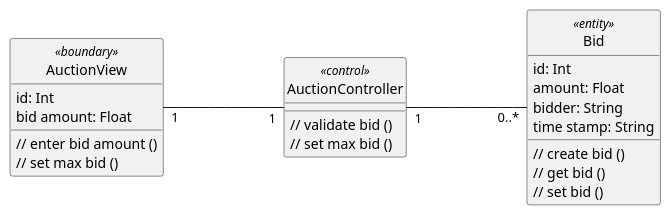
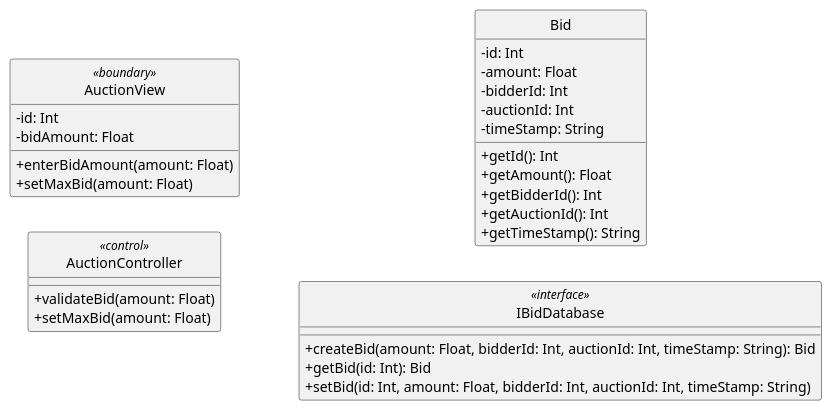
One commit to anhbanlinhle/velocity-exchange changed the diagram in uml/design/class/linh/place_bid.puml. Above: the diagram before and after it, drawn with PlantUML.

Commit message:
doc[lynn]: design vopc no. 18

```diff
--- a/uml/design/class/linh/place_bid.puml
+++ b/uml/design/class/linh/place_bid.puml
@@ -1,37 +1,43 @@
 @startuml 
 left to right direction
 skinparam classAttributeIconSize 0
 skinparam linetype ortho
 hide circle
 class AuctionView <<boundary>> {
-    id: Int
-    bid amount: Float
+    - id: Int
+    - bidAmount: Float
 
-    // enter bid amount ()
-    // set max bid ()
+    + enterBidAmount(amount: Float)
+    + setMaxBid(amount: Float)
 
     }
 
 class AuctionController <<control>> {
-    // validate bid ()
-    // set max bid ()
+    + validateBid(amount: Float)
+    + setMaxBid(amount: Float)
 
     }
 
-class Bid <<entity>> {
-    id: Int
-    amount: Float
-    bidder: String
-    time stamp: String
-    // create bid ()
-    // get bid ()
-    // set bid ()
+class Bid {
+    - id: Int
+    - amount: Float
+    - bidderId: Int
+    - auctionId: Int
+    - timeStamp: String
+
+    + getId(): Int
+    + getAmount(): Float
+    + getBidderId(): Int
+    + getAuctionId(): Int
+    + getTimeStamp(): String
+    }
+
+class IBidDatabase <<interface>> {
+    + createBid(amount: Float, bidderId: Int, auctionId: Int, timeStamp: String): Bid
+    + getBid(id: Int): Bid
+    + setBid(id: Int, amount: Float, bidderId: Int, auctionId: Int, timeStamp: String)
     }
 
 
-AuctionView "1" --- "1" AuctionController
-
-AuctionController "1" --- "0..*" Bid
-
 
 @enduml
```
